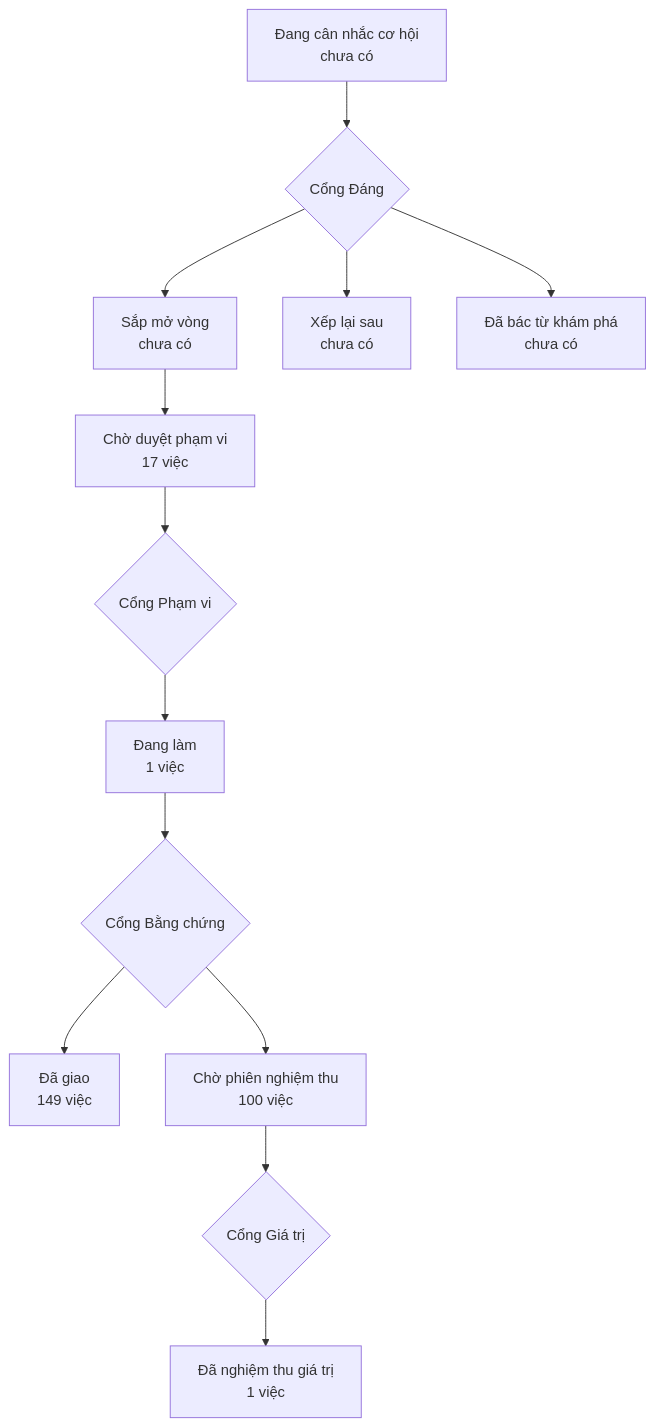
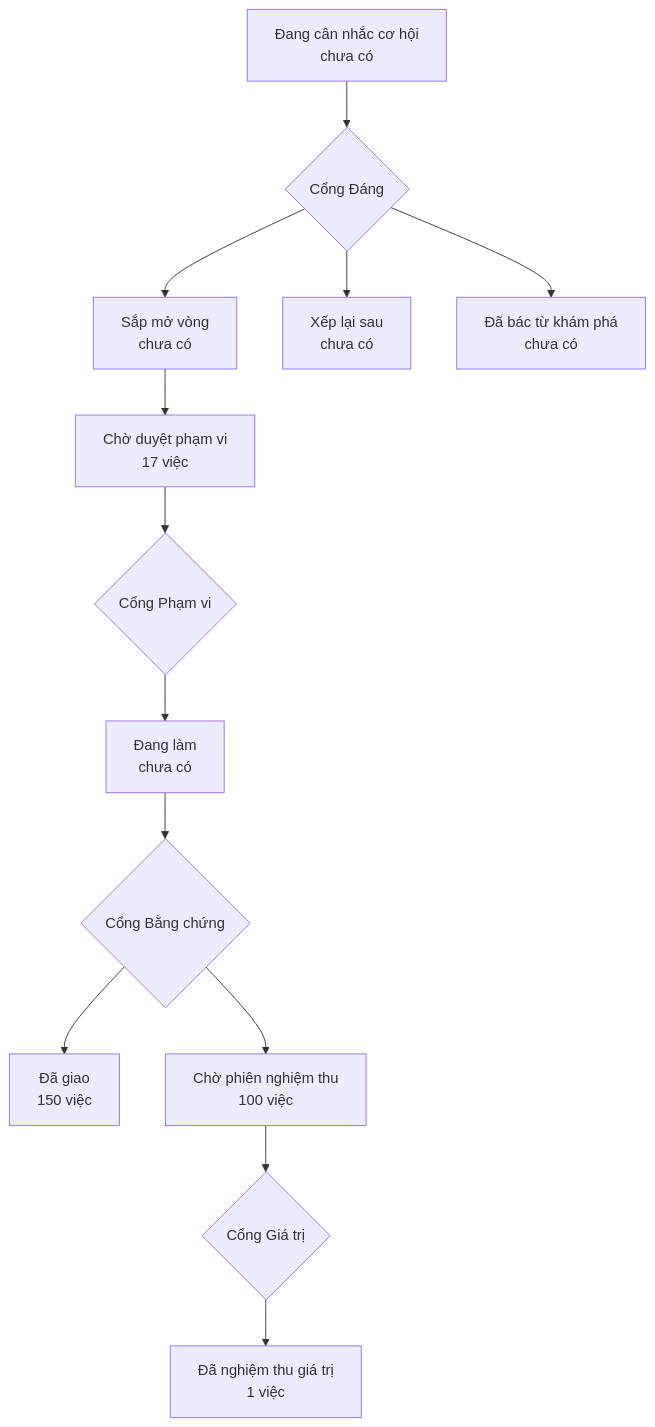
One commit to phanlemanh/onehub-invest changed the diagram in PRODUCT-MAP.md. Above: the diagram before and after it, drawn with Mermaid. The commit also changed other lines of this file and 5 other files, not shown here.

````diff
--- a/PRODUCT-MAP.md
+++ b/PRODUCT-MAP.md
@@ -7,12 +7,12 @@
 ```mermaid
 flowchart TD
   A["Đang cân nhắc cơ hội<br/>chưa có"] --> GD{"Cổng Đáng"}
   GD --> B["Sắp mở vòng<br/>chưa có"]
   GD --> XL["Xếp lại sau<br/>chưa có"]
   GD --> DB["Đã bác từ khám phá<br/>chưa có"]
   B --> CD["Chờ duyệt phạm vi<br/>17 việc"] --> GP{"Cổng Phạm vi"}
-  GP --> DL["Đang làm<br/>1 việc"] --> GB{"Cổng Bằng chứng"}
-  GB --> DG["Đã giao<br/>149 việc"]
+  GP --> DL["Đang làm<br/>chưa có"] --> GB{"Cổng Bằng chứng"}
+  GB --> DG["Đã giao<br/>150 việc"]
   GB --> CN["Chờ phiên nghiệm thu<br/>100 việc"] --> GG{"Cổng Giá trị"}
   GG --> NT["Đã nghiệm thu giá trị<br/>1 việc"]
 ```
````
